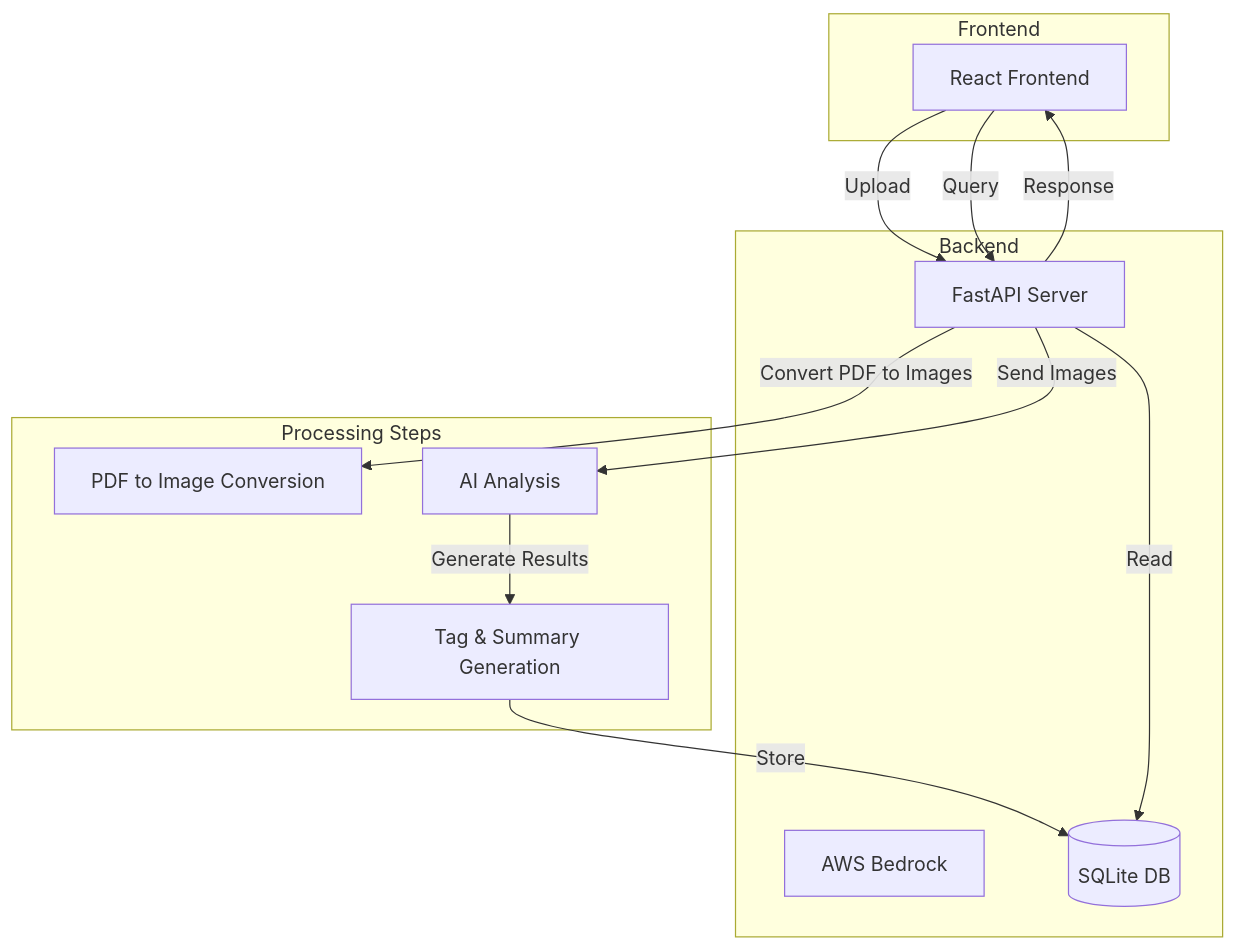
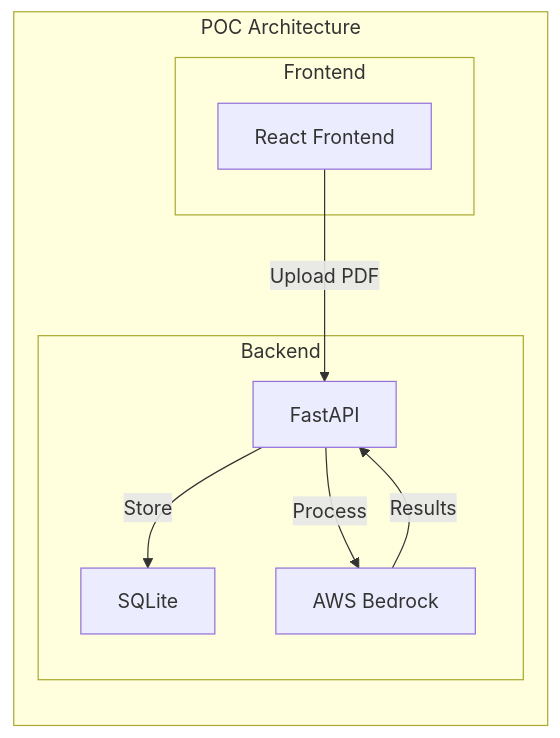
The first of 2 diagrams in README.md (Baalakay/ai-pdf-document-tagging-summarization), drawn with Mermaid before and after one commit. The commit also changed other lines of this file and 6 other files, not shown here.

````diff
--- a/README.md
+++ b/README.md
@@ -48,30 +48,18 @@
 ```mermaid
-graph TB
-    subgraph Frontend
-        React[React Frontend]
+flowchart TB
+    subgraph "POC Architecture"
+        direction TB
+        subgraph "Frontend"
+            POC_UI["React Frontend"]
+        end
+        subgraph "Backend"
+            POC_API["FastAPI"]
+            POC_DB["SQLite"]
+            POC_Bedrock["AWS Bedrock"]
+        end
+        POC_UI -->|Upload PDF| POC_API
+        POC_API -->|Store| POC_DB
+        POC_API -->|Process| POC_Bedrock
+        POC_Bedrock -->|Results| POC_API
     end
-
-    subgraph Backend
-        FastAPI[FastAPI Server]
-        Bedrock[AWS Bedrock]
-        SQLite[(SQLite DB)]
-    end
-
-    subgraph Processing Steps
-        Image[PDF to Image Conversion]
-        AI[AI Analysis]
-        Results[Tag & Summary Generation]
-    end
-
-    %% Document Flow
-    React -->|Upload| FastAPI
-    FastAPI -->|Convert PDF to Images| Image
-    FastAPI -->|Send Images| AI
-    AI -->|Generate Results| Results
-    Results -->|Store| SQLite
-
-    %% API Integration
-    React -->|Query| FastAPI
-    FastAPI -->|Read| SQLite
-    FastAPI -->|Response| React
 ```
````
